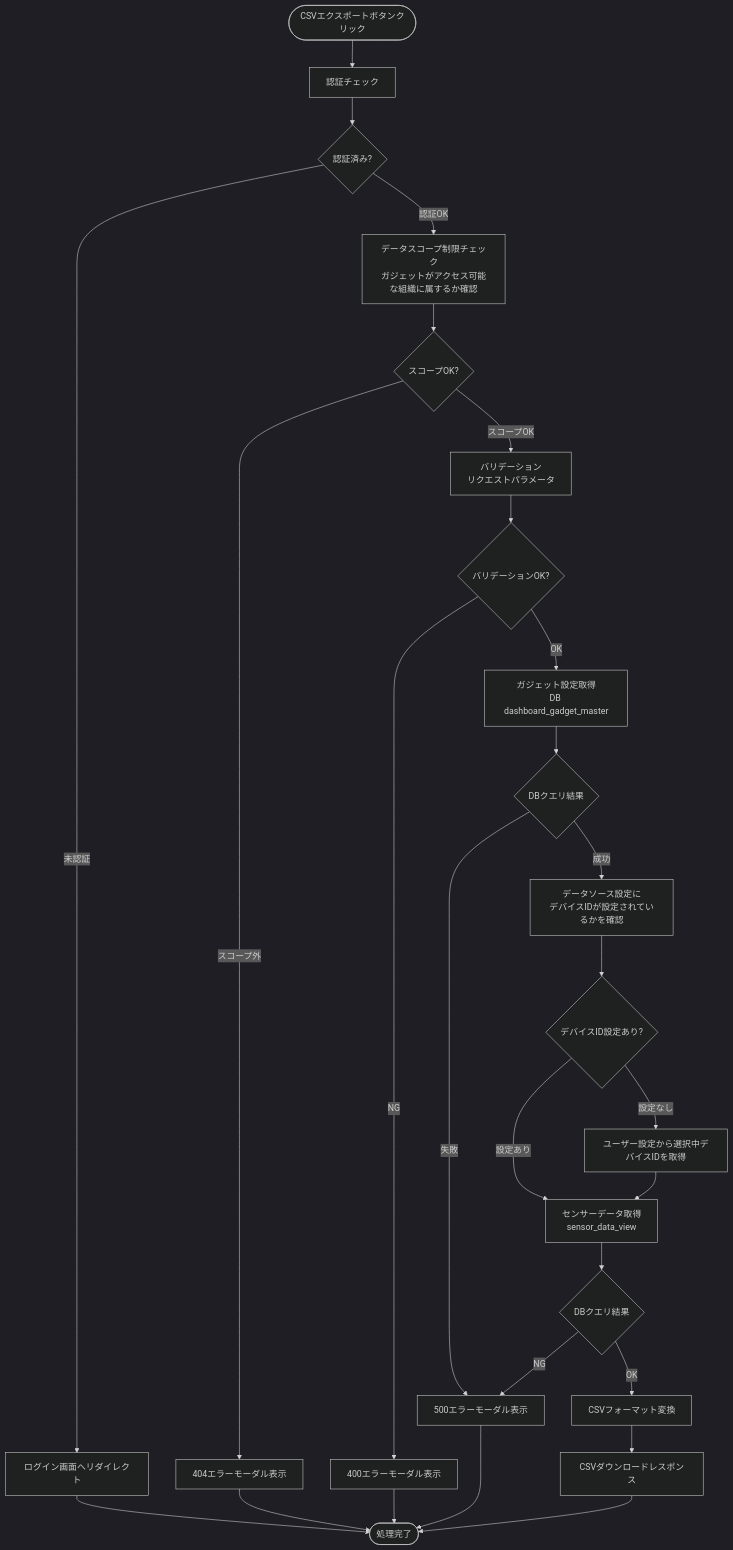
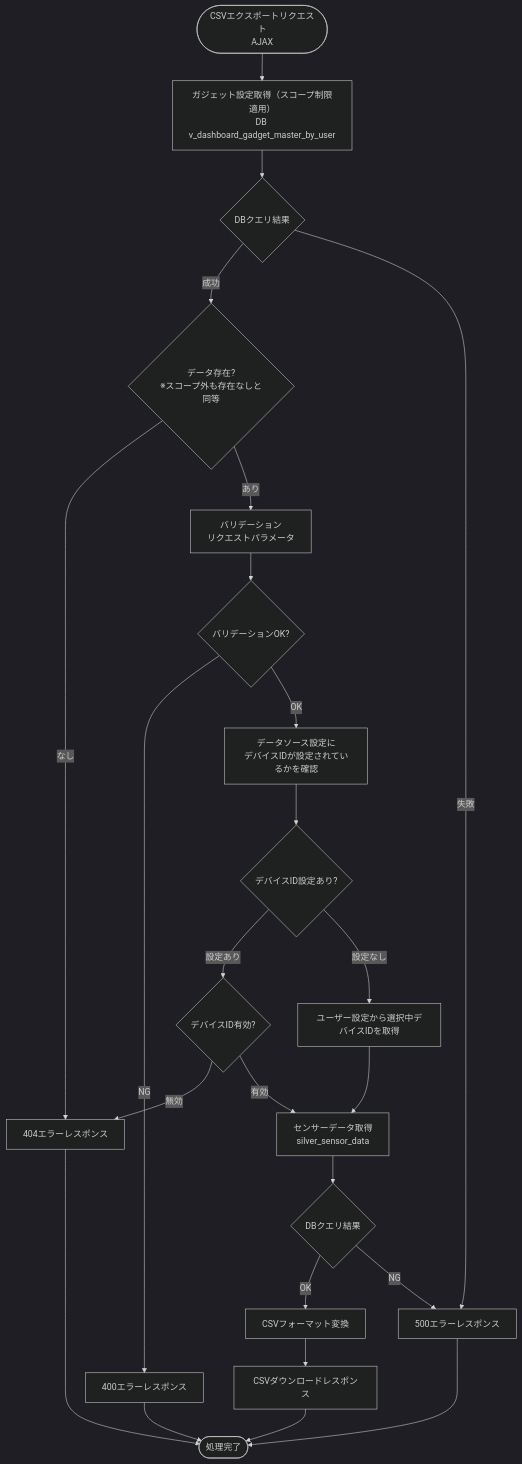
One commit to NSW-SVCP-AIWG002/Databricks-IoT changed the fourth of 4 diagrams in docs/03-features/flask-app/customer-dashboard/timeline/workflow-specification.md. Above: the diagram before and after it, drawn with Mermaid (dark theme). The commit also changed other lines of this file and 5 other files, not shown here.

````diff
--- a/docs/03-features/flask-app/customer-dashboard/timeline/workflow-specification.md
+++ b/docs/03-features/flask-app/customer-dashboard/timeline/workflow-specification.md
@@ -945,37 +910,35 @@
 ```mermaid
 flowchart TD
-    Start([CSVエクスポートボタンクリック]) --> Auth[認証チェック]
-    Auth --> CheckAuth{認証済み?}
-    CheckAuth -->|未認証| LoginRedirect[ログイン画面へリダイレクト]
-    CheckAuth -->|認証OK| Scope[データスコープ制限チェック<br>ガジェットがアクセス可能な組織に属するか確認]
+    Start([CSVエクスポートリクエスト<br>AJAX]) --> GetConfig[ガジェット設定取得（スコープ制限適用）<br>DB v_dashboard_gadget_master_by_user]
 
-    Scope --> CheckScope{スコープOK?}
-    CheckScope -->|スコープ外| Error404[404エラーモーダル表示]
-    CheckScope -->|スコープOK| Validate[バリデーション<br>リクエストパラメータ]
+    GetConfig --> CheckGetConfig{DBクエリ結果}
+    CheckGetConfig -->|成功| CheckConfig{データ存在?<br>※スコープ外も存在なしと同等}
+    CheckGetConfig -->|失敗| Error500[500エラーレスポンス]
+
+    CheckConfig -->|なし| Error404[404エラーレスポンス]
+    CheckConfig -->|あり| Validate[バリデーション<br>リクエストパラメータ]
 
     Validate --> CheckValidate{バリデーションOK?}
-    CheckValidate -->|NG| Error400[400エラーモーダル表示]
-    CheckValidate -->|OK| GetConfig[ガジェット設定取得<br>DB dashboard_gadget_master]
-
-    GetConfig --> CheckGetConfig{DBクエリ結果}
-    CheckGetConfig -->|失敗| Error500[500エラーモーダル表示]
-    CheckGetConfig -->|成功| CheckDeviceId[データソース設定に<br>デバイスIDが設定されているかを確認]
+    CheckValidate -->|NG| Error400[400エラーレスポンス]
+    CheckValidate -->|OK| CheckDeviceId[データソース設定に<br>デバイスIDが設定されているかを確認]
 
     CheckDeviceId --> ExistDeviceId{デバイスID設定あり?}
+    ExistDeviceId -->|設定あり| ValidDeviceId{デバイスID有効?}
     ExistDeviceId -->|設定なし| GetUserSetting[ユーザー設定から選択中デバイスIDを取得]
-    ExistDeviceId -->|設定あり| QuerySilver[センサーデータ取得<br>sensor_data_view]
+
+    ValidDeviceId -->|無効| Error404
+    ValidDeviceId -->|有効| QuerySilver[センサーデータ取得<br>silver_sensor_data]
 
     GetUserSetting --> QuerySilver
 
     QuerySilver --> CheckQuerySilver{DBクエリ結果}
+    CheckQuerySilver -->|OK| Format[CSVフォーマット変換]
     CheckQuerySilver -->|NG| Error500
-    CheckQuerySilver -->|OK| FormatCSV[CSVフォーマット変換]
 
-    FormatCSV --> Response[CSVダウンロードレスポンス]
+    Format --> Response[CSVダウンロードレスポンス]
 
-    LoginRedirect --> End([処理完了])
+    Response --> End([処理完了])
+    Error400 --> End
     Error404 --> End
-    Error400 --> End
     Error500 --> End
-    Response --> End
 ```
````
